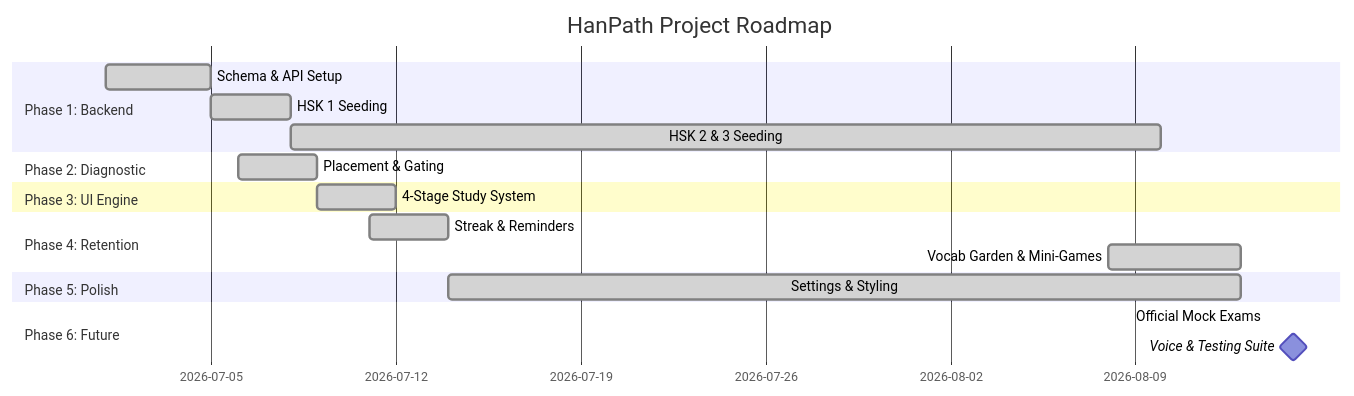
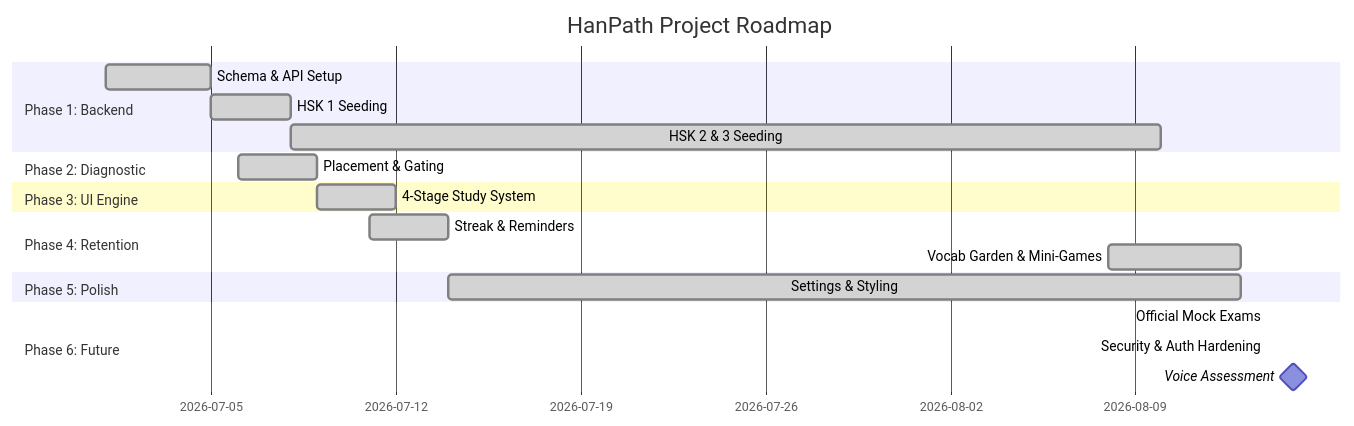
Before and after one commit to plangda/chinese_lesson_app: the diagram in IMPLEMENTATION_PROGRESS.md, drawn with Mermaid. The commit also changed other lines of this file and 7 other files, not shown here.

Commit message:
feat(auth): implement username login, self-service secret question password recovery, and security hardening

````diff
--- a/IMPLEMENTATION_PROGRESS.md
+++ b/IMPLEMENTATION_PROGRESS.md
@@ -93,21 +93,22 @@
 ```mermaid
 gantt
     title HanPath Project Roadmap
     dateFormat  YYYY-MM-DD
     section Phase 1: Backend
     Schema & API Setup :done, p1, 2026-07-01, 2026-07-05
     HSK 1 Seeding :done, p2, 2026-07-05, 2026-07-08
     HSK 2 & 3 Seeding :done, p3, 2026-07-08, 2026-08-10
     section Phase 2: Diagnostic
     Placement & Gating :done, p4, 2026-07-06, 2026-07-09
     section Phase 3: UI Engine
     4-Stage Study System :done, p5, 2026-07-09, 2026-07-12
     section Phase 4: Retention
     Streak & Reminders :done, p6, 2026-07-11, 2026-07-14
     Vocab Garden & Mini-Games :done, p7, 2026-08-08, 2026-08-13
     section Phase 5: Polish
     Settings & Styling :done, p8, 2026-07-14, 2026-08-13
     section Phase 6: Future
     Official Mock Exams :done, p9, 2026-08-14, 2026-08-14
-    Voice & Testing Suite :milestone, p10, 2026-08-15, 0d
+    Security & Auth Hardening :done, p10, 2026-08-14, 2026-08-14
+    Voice Assessment :milestone, p11, 2026-08-15, 0d
 ```
````
